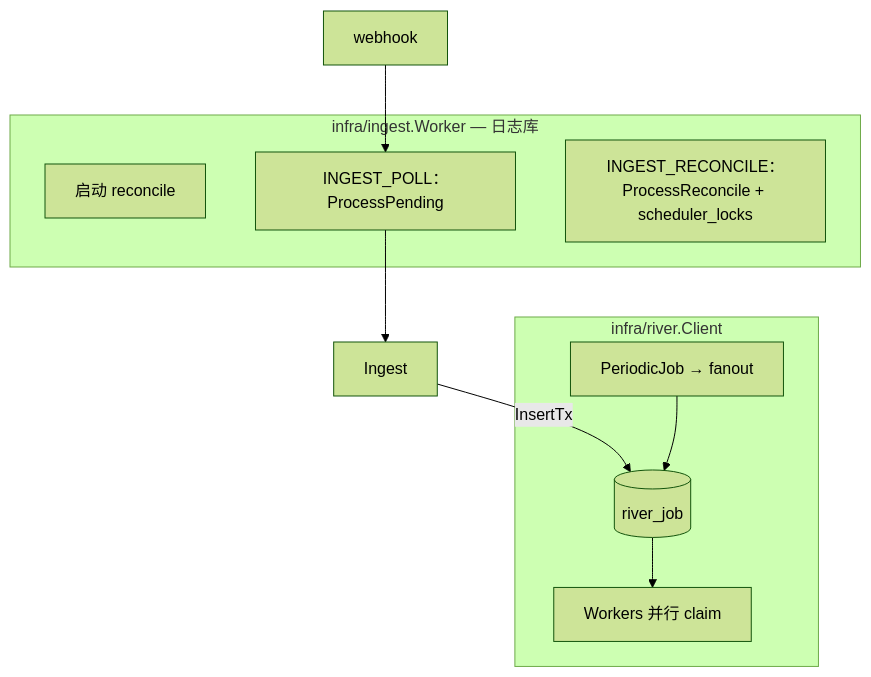
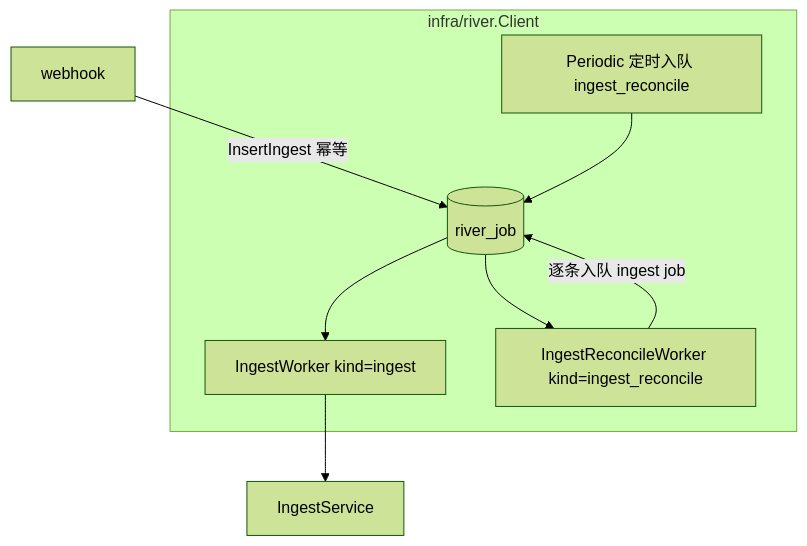
Before and after one commit to quyip8818/mytokenjoy: the seventh of 8 diagrams in apps/docs/Backend-Ingest架构.md, drawn with Mermaid (forest theme). The commit also changed other lines of this file and 33 other files, not shown here.

````diff
--- a/apps/docs/Backend-Ingest架构.md
+++ b/apps/docs/Backend-Ingest架构.md
@@ -314,17 +314,14 @@
 ```mermaid
 flowchart TB
-  subgraph ingest [infra/ingest.Worker — 日志库]
-    RC0[启动 reconcile]
-    T1[INGEST_POLL：ProcessPending]
-    T2[INGEST_RECONCILE：ProcessReconcile + scheduler_locks]
+  subgraph river [infra/river.Client]
+    RJ[(river_job)]
+    IW[IngestWorker kind=ingest]
+    IRW[IngestReconcileWorker kind=ingest_reconcile]
+    PER[Periodic 定时入队 ingest_reconcile]
   end
 
-  subgraph river [infra/river.Client]
-    RJ[(river_job)]
-    PER[PeriodicJob → fanout]
-    W[Workers 并行 claim]
-  end
-
-  WH[webhook] --> T1 --> ING[Ingest] -->|InsertTx| RJ
-  PER --> RJ --> W
+  WH[webhook] -->|InsertIngest 幂等| RJ
+  PER --> RJ
+  RJ --> IW --> ING[IngestService]
+  RJ --> IRW -->|逐条入队 ingest job| RJ
 ```
````
